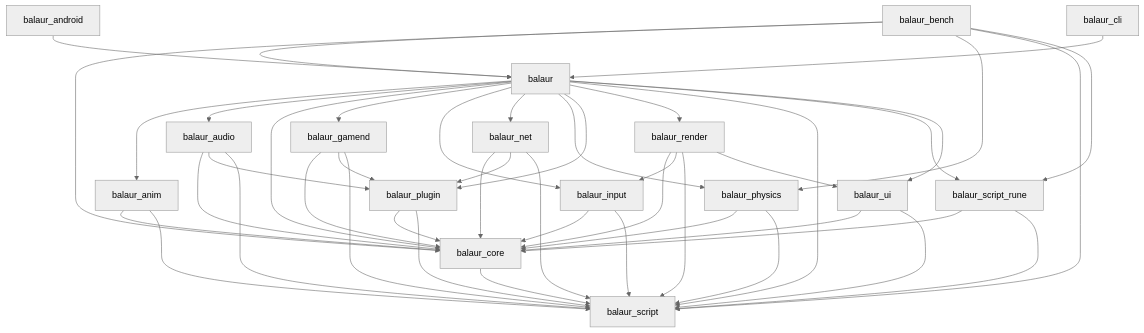
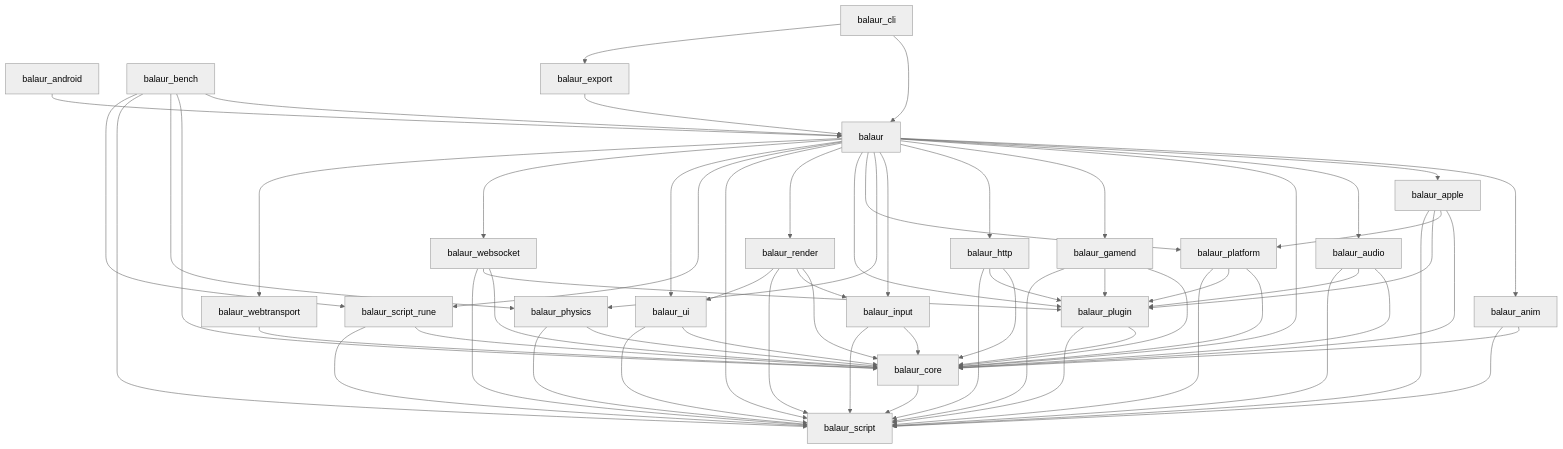
The diagram in docs/generated/crate-graph.md (balaurengine/balaur), drawn with Mermaid (neutral theme) before and after one commit. The commit also changed 5 other files, not shown here.

````diff
--- a/docs/generated/crate-graph.md
+++ b/docs/generated/crate-graph.md
@@ -10,34 +10,47 @@
   balaur[balaur]
   balaur_android[balaur_android]
   balaur_anim[balaur_anim]
+  balaur_apple[balaur_apple]
   balaur_audio[balaur_audio]
   balaur_bench[balaur_bench]
   balaur_cli[balaur_cli]
   balaur_core[balaur_core]
+  balaur_export[balaur_export]
   balaur_gamend[balaur_gamend]
+  balaur_http[balaur_http]
   balaur_input[balaur_input]
-  balaur_net[balaur_net]
   balaur_physics[balaur_physics]
+  balaur_platform[balaur_platform]
   balaur_plugin[balaur_plugin]
   balaur_render[balaur_render]
   balaur_script[balaur_script]
   balaur_script_rune[balaur_script_rune]
   balaur_ui[balaur_ui]
+  balaur_websocket[balaur_websocket]
+  balaur_webtransport[balaur_webtransport]
   balaur --> balaur_anim
+  balaur --> balaur_apple
   balaur --> balaur_audio
   balaur --> balaur_core
   balaur --> balaur_gamend
+  balaur --> balaur_http
   balaur --> balaur_input
-  balaur --> balaur_net
   balaur --> balaur_physics
+  balaur --> balaur_platform
   balaur --> balaur_plugin
   balaur --> balaur_render
   balaur --> balaur_script
   balaur --> balaur_script_rune
   balaur --> balaur_ui
+  balaur --> balaur_websocket
+  balaur --> balaur_webtransport
   balaur_android --> balaur
   balaur_anim --> balaur_core
   balaur_anim --> balaur_script
+  balaur_apple --> balaur_core
+  balaur_apple --> balaur_platform
+  balaur_apple --> balaur_plugin
+  balaur_apple --> balaur_script
   balaur_audio --> balaur_core
   balaur_audio --> balaur_plugin
   balaur_audio --> balaur_script
@@ -47,17 +60,22 @@
   balaur_bench --> balaur_script
   balaur_bench --> balaur_script_rune
   balaur_cli --> balaur
+  balaur_cli --> balaur_export
   balaur_core --> balaur_script
+  balaur_export --> balaur
   balaur_gamend --> balaur_core
   balaur_gamend --> balaur_plugin
   balaur_gamend --> balaur_script
+  balaur_http --> balaur_core
+  balaur_http --> balaur_plugin
+  balaur_http --> balaur_script
   balaur_input --> balaur_core
   balaur_input --> balaur_script
-  balaur_net --> balaur_core
-  balaur_net --> balaur_plugin
-  balaur_net --> balaur_script
   balaur_physics --> balaur_core
   balaur_physics --> balaur_script
+  balaur_platform --> balaur_core
+  balaur_platform --> balaur_plugin
+  balaur_platform --> balaur_script
   balaur_plugin --> balaur_core
   balaur_plugin --> balaur_script
   balaur_render --> balaur_core
@@ -68,4 +86,8 @@
   balaur_script_rune --> balaur_script
   balaur_ui --> balaur_core
   balaur_ui --> balaur_script
+  balaur_websocket --> balaur_core
+  balaur_websocket --> balaur_plugin
+  balaur_websocket --> balaur_script
+  balaur_webtransport --> balaur_core
 ```
````
